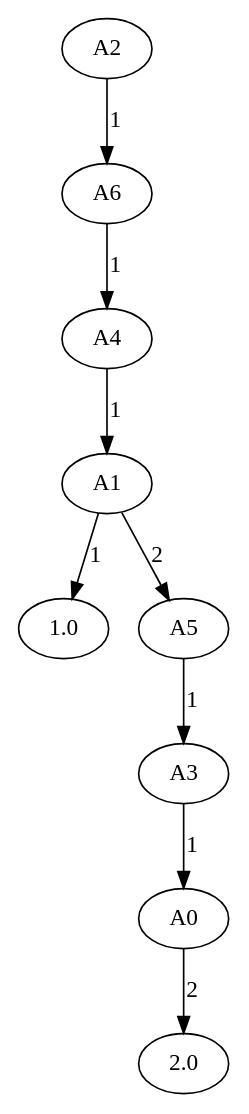
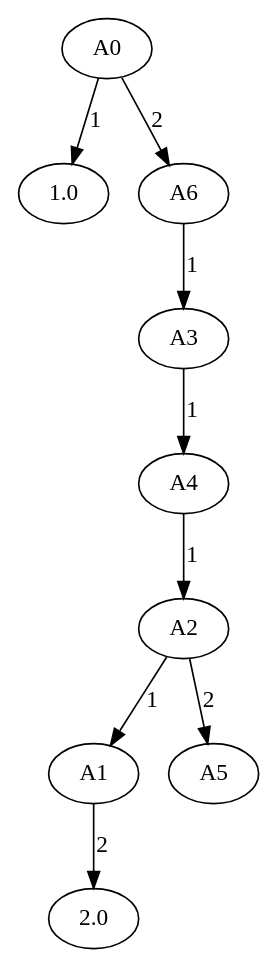
One commit to oyssolbo/TDT4171 changed the diagram in Assignments/A4/data/results/data/tree/Random importance id=0.gv. Above: the diagram before and after it, drawn with Graphviz. The commit also changed 30 other files, not shown here.

```diff
--- a/Assignments/A4/data/results/data/tree/Random importance id=0.gv
+++ b/Assignments/A4/data/results/data/tree/Random importance id=0.gv
@@ -1,20 +1,20 @@
 // Random importance
 digraph {
+	0 [label=A0]
+	1.0 [label=1.0]
+	0 -> 1.0 [label=1]
+	6 [label=A6]
+	0 -> 6 [label=2]
+	3 [label=A3]
+	6 -> 3 [label=1]
+	4 [label=A4]
+	3 -> 4 [label=1]
 	2 [label=A2]
-	6 [label=A6]
-	2 -> 6 [label=1]
-	4 [label=A4]
-	6 -> 4 [label=1]
+	4 -> 2 [label=1]
 	1 [label=A1]
-	4 -> 1 [label=1]
-	1.0 [label=1.0]
-	1 -> 1.0 [label=1]
+	2 -> 1 [label=1]
+	2.0 [label=2.0]
+	1 -> 2.0 [label=2]
 	5 [label=A5]
-	1 -> 5 [label=2]
-	3 [label=A3]
-	5 -> 3 [label=1]
-	0 [label=A0]
-	3 -> 0 [label=1]
-	2.0 [label=2.0]
-	0 -> 2.0 [label=2]
+	2 -> 5 [label=2]
 }
```
